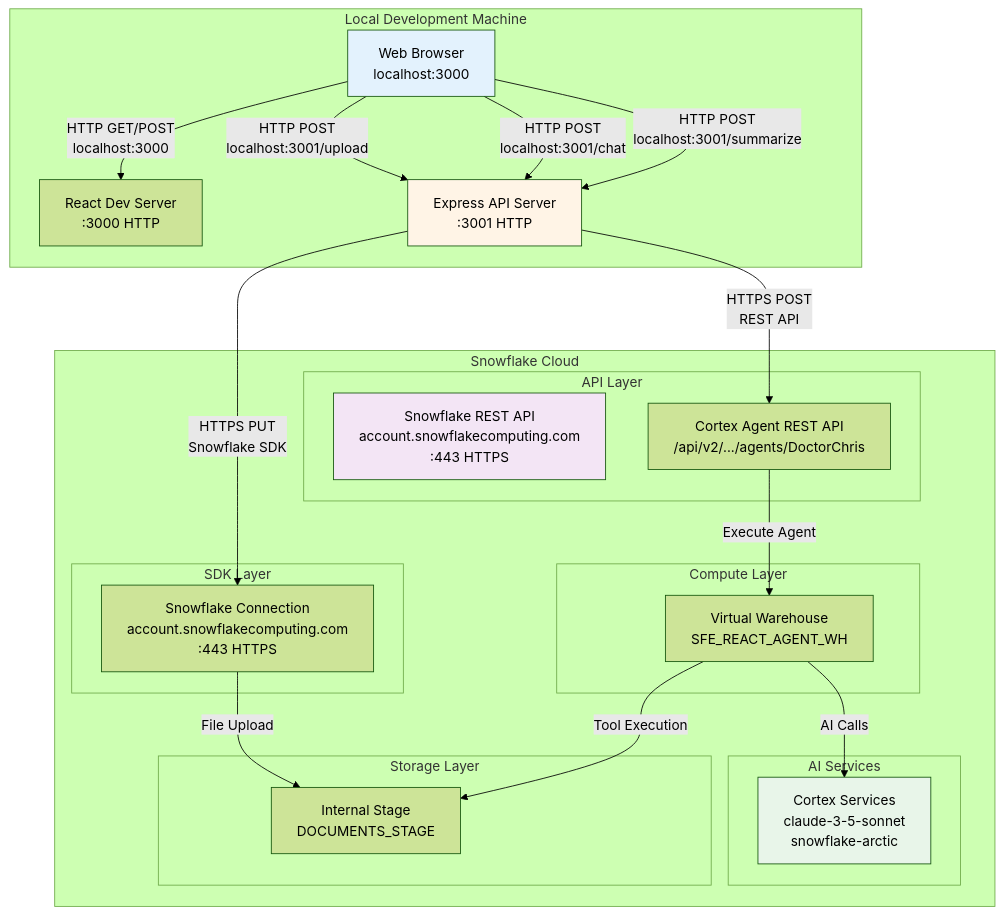
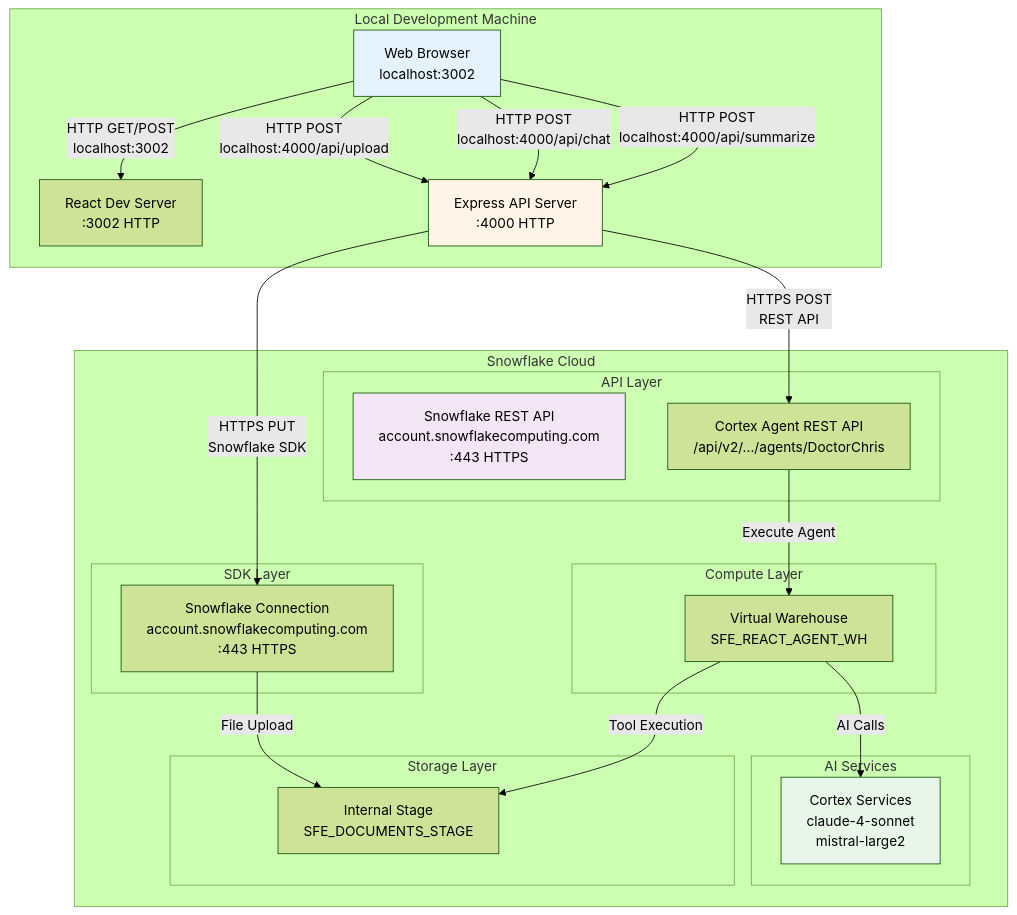
Before and after one commit to sfc-gh-miwhitaker/react-agent-api-upload: the diagram in diagrams/network-flow.md, drawn with Mermaid (forest theme). The commit also changed other lines of this file and 25 other files, not shown here.

````diff
--- a/diagrams/network-flow.md
+++ b/diagrams/network-flow.md
@@ -23,49 +24,49 @@
 ```mermaid
 graph TB
     subgraph "Local Development Machine"
-        Browser[Web Browser<br/>localhost:3000]
-        ReactDev[React Dev Server<br/>:3000 HTTP]
-        ExpressAPI[Express API Server<br/>:3001 HTTP]
+        Browser[Web Browser<br/>localhost:3002]
+        ReactDev[React Dev Server<br/>:3002 HTTP]
+        ExpressAPI[Express API Server<br/>:4000 HTTP]
     end
     
     subgraph "Snowflake Cloud"
         subgraph "API Layer"
             SFAPI[Snowflake REST API<br/>account.snowflakecomputing.com<br/>:443 HTTPS]
             AgentAPI[Cortex Agent REST API<br/>/api/v2/.../agents/DoctorChris]
         end
         
         subgraph "SDK Layer"
             SFSDK[Snowflake Connection<br/>account.snowflakecomputing.com<br/>:443 HTTPS]
         end
         
         subgraph "Compute Layer"
             WH[Virtual Warehouse<br/>SFE_REACT_AGENT_WH]
         end
         
         subgraph "Storage Layer"
-            Stage[Internal Stage<br/>DOCUMENTS_STAGE]
+            Stage[Internal Stage<br/>SFE_DOCUMENTS_STAGE]
         end
         
         subgraph "AI Services"
-            Cortex[Cortex Services<br/>claude-3-5-sonnet<br/>snowflake-arctic]
+            Cortex[Cortex Services<br/>claude-4-sonnet<br/>mistral-large2]
         end
     end
     
-    Browser -->|HTTP GET/POST<br/>localhost:3000| ReactDev
-    Browser -->|HTTP POST<br/>localhost:3001/upload| ExpressAPI
-    Browser -->|HTTP POST<br/>localhost:3001/chat| ExpressAPI
-    Browser -->|HTTP POST<br/>localhost:3001/summarize| ExpressAPI
+    Browser -->|HTTP GET/POST<br/>localhost:3002| ReactDev
+    Browser -->|HTTP POST<br/>localhost:4000/api/upload| ExpressAPI
+    Browser -->|HTTP POST<br/>localhost:4000/api/chat| ExpressAPI
+    Browser -->|HTTP POST<br/>localhost:4000/api/summarize| ExpressAPI
     
     ExpressAPI -->|HTTPS PUT<br/>Snowflake SDK| SFSDK
     ExpressAPI -->|HTTPS POST<br/>REST API| AgentAPI
     
     SFSDK -->|File Upload| Stage
     AgentAPI -->|Execute Agent| WH
     WH -->|Tool Execution| Stage
     WH -->|AI Calls| Cortex
     
     style Browser fill:#e3f2fd
     style ExpressAPI fill:#fff4e6
     style SFAPI fill:#f3e5f5
     style Cortex fill:#e8f5e9
 ```
````
